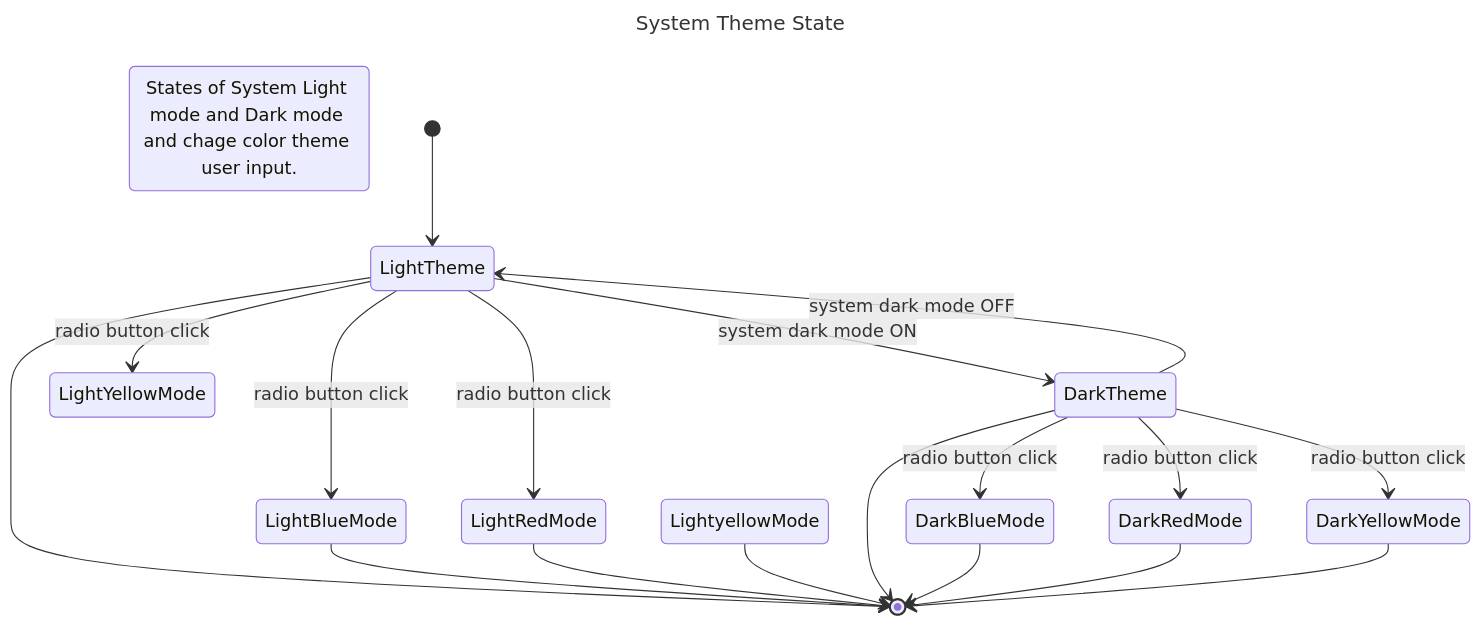
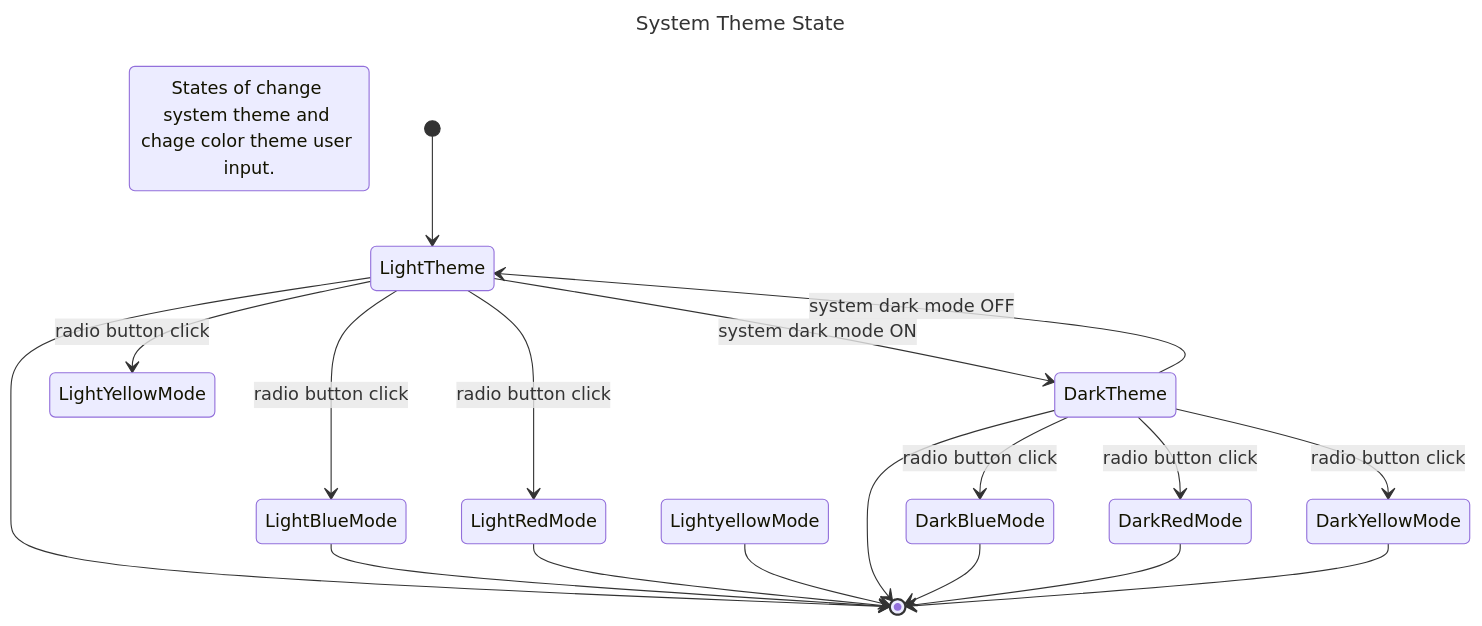
The third of 3 diagrams in README.md (jtakumi/jetpackList), drawn with Mermaid before and after one commit. The commit also changed other lines of this file, not shown here.

````diff
--- a/README.md
+++ b/README.md
@@ -55,37 +73,37 @@
 ```mermaid
 ---
 title: System Theme State
 ---
 
 stateDiagram-v2
 
-s2 : States of System Light mode and Dark mode and chage color theme user input.
+s2 : States of change system theme and chage color theme user input.
 
 [*] --> LightTheme
 
 LightTheme --> [*]
 
 LightBlueMode -->[*]
 LightRedMode -->[*]
 LightyellowMode -->[*]
 
 DarkTheme --> [*]
 
 DarkBlueMode --> [*]
 DarkRedMode --> [*]
 DarkYellowMode --> [*]
 
 
 LightTheme --> DarkTheme: system dark mode ON
 
 LightTheme --> LightBlueMode: radio button click
 LightTheme --> LightRedMode: radio button click
 LightTheme --> LightYellowMode: radio button click
 
 DarkTheme --> LightTheme: system dark mode OFF
 
 DarkTheme --> DarkBlueMode: radio button click
 DarkTheme --> DarkRedMode: radio button click
 DarkTheme --> DarkYellowMode: radio button click
 
 ```
````
